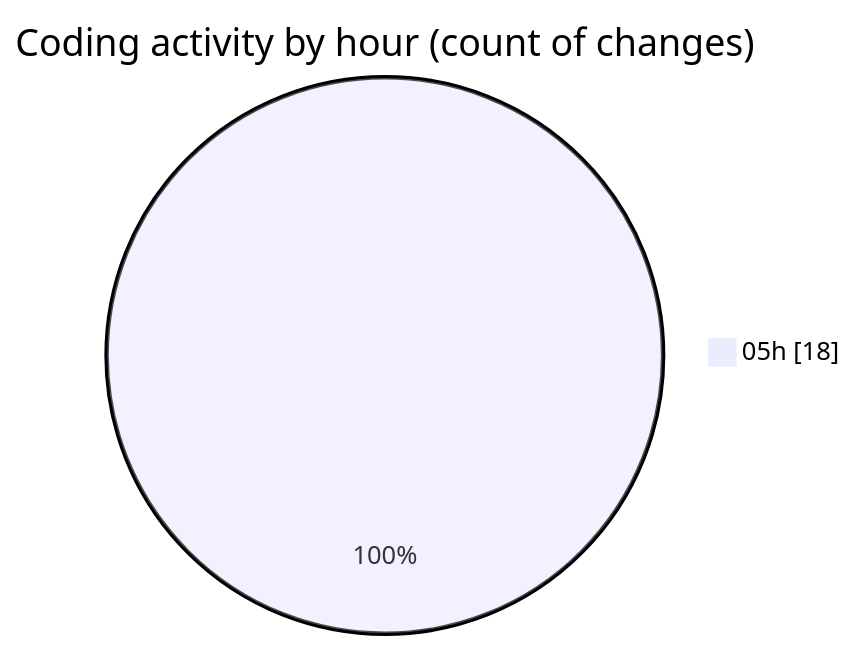
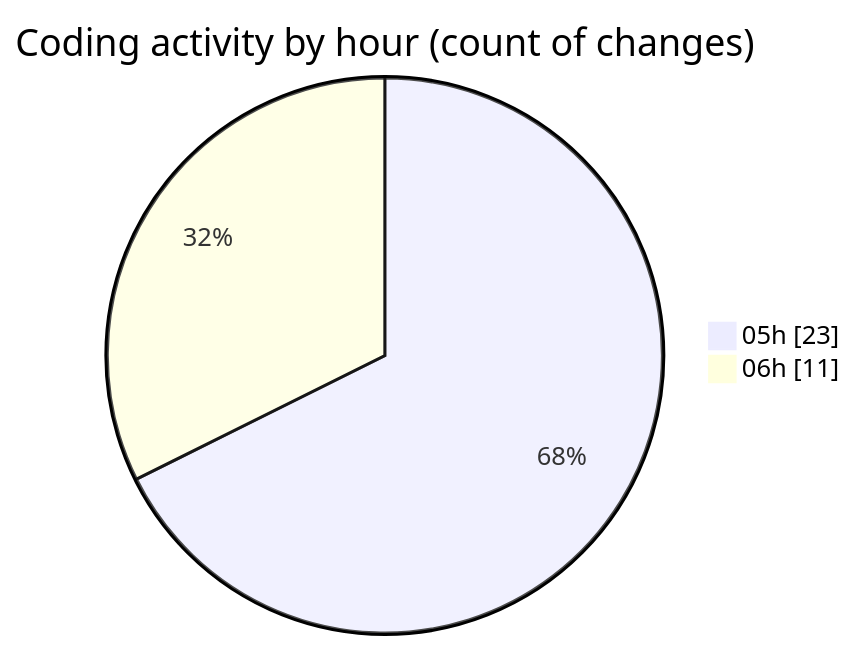
Before and after one commit to FixMe24/code-tracking: the second of 2 diagrams in 2025-05-21/fixme24/README.md, drawn with Mermaid. The commit also changed other lines of this file and 1 other file, not shown here.

````diff
--- a/2025-05-21/fixme24/README.md
+++ b/2025-05-21/fixme24/README.md
@@ -35,5 +43,6 @@
 ```mermaid
 pie showData
 title Coding activity by hour (count of changes)
-"05h" : 18
+"05h" : 23
+"06h" : 11
 ```
````
